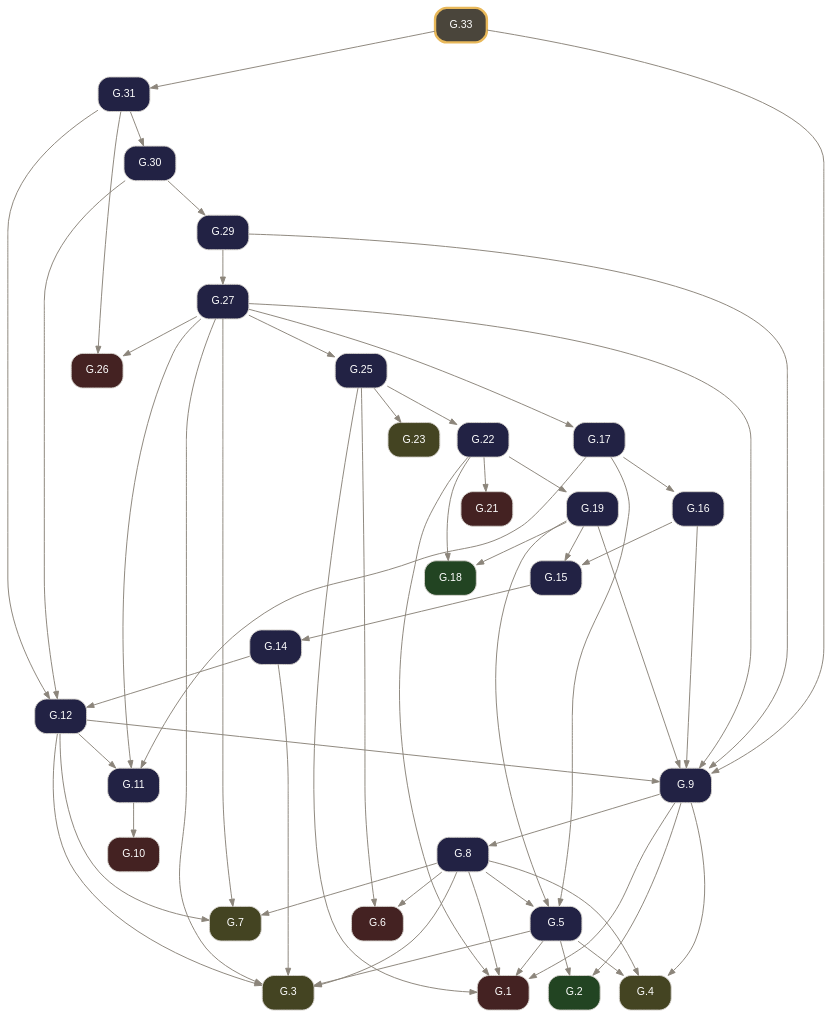
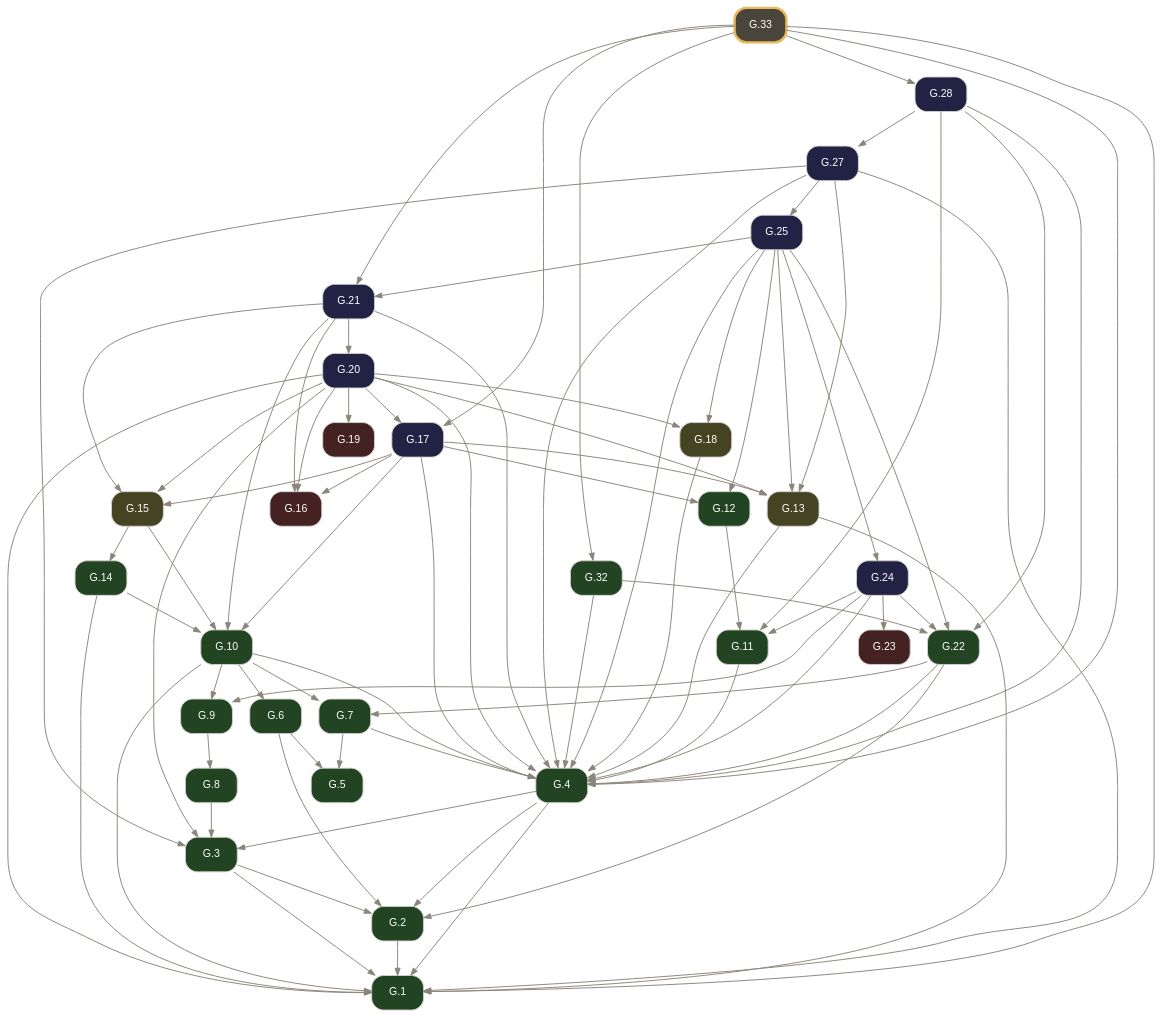
Before and after one commit to geometor/elements: the diagram in docsrc/elements2/G.33/index.rst, drawn with Graphviz. The commit also changed other lines of this file and 2974 other files, not shown here.

Commit message:
feat(elements2): wire defined terms, short verb titles, coincidence operator, and 2-point circle notation (v0.4.0)

```diff
--- a/docsrc/elements2/G.33/index.rst
+++ b/docsrc/elements2/G.33/index.rst
@@ -111,87 +92,111 @@
      node [shape=box, style="rounded,filled", fontname="Helvetica", fontsize=11, color="#d6d3cd", fontcolor="#ffffff"];
      edge [color="#8c857b", fontcolor="#8c857b", arrowsize=0.75];
      rankdir="TB";
-     "G.1" [label="G.1", tooltip="G.1 (I.cn.1): Things equal to the same thing are equal to one another.", fillcolor="#442222", URL="../G.1/index.html", target="_top"];
-     "G.2" [label="G.2", tooltip="G.2 (I.def.15): A circle is a plane figure contained by one line such that all segments falling upon it from its center are equal.", fillcolor="#224422", URL="../G.2/index.html", target="_top"];
-     "G.3" [label="G.3", tooltip="G.3 (I.post.1): Construct a segment between any two points.", fillcolor="#444422", URL="../G.3/index.html", target="_top"];
-     "G.4" [label="G.4", tooltip="G.4 (I.post.3): Construct a circle with any center and radius.", fillcolor="#444422", URL="../G.4/index.html", target="_top"];
-     "G.5" [label="G.5", tooltip="G.5 (I.1): Construct an equilateral triangle on a given finite segment.", fillcolor="#222244", URL="../G.5/index.html", target="_top"];
-     "G.6" [label="G.6", tooltip="G.6 (I.cn.3): If equals are subtracted from equals, the remainders are equal.", fillcolor="#442222", URL="../G.6/index.html", target="_top"];
-     "G.7" [label="G.7", tooltip="G.7 (I.post.2): Extend a finite segment continuously in a straight line.", fillcolor="#444422", URL="../G.7/index.html", target="_top"];
-     "G.8" [label="G.8", tooltip="G.8 (I.2): Construct at a given point a segment equal to a given segment.", fillcolor="#222244", URL="../G.8/index.html", target="_top"];
-     "G.9" [label="G.9", tooltip="G.9 (I.3): Cut off from the greater of two unequal segments a segment equal to the less.", fillcolor="#222244", URL="../G.9/index.html", target="_top"];
-     "G.10" [label="G.10", tooltip="G.10 (I.cn.4): Things that coincide with one another are equal.", fillcolor="#442222", URL="../G.10/index.html", target="_top"];
-     "G.11" [label="G.11", tooltip="G.11 (I.4): Triangles with two sides and the included angle equal are congruent (SAS).", fillcolor="#222244", URL="../G.11/index.html", target="_top"];
-     "G.12" [label="G.12", tooltip="G.12 (I.5): In an isosceles triangle, the angles at the base are equal, and if the equal sides are extended, the angles under the base are equal.", fillcolor="#222244", URL="../G.12/index.html", target="_top"];
-     "G.14" [label="G.14", tooltip="G.14 (I.7): On the same segment and on the same side, there cannot be constructed two distinct triangles with both pairs of conterminous sides equal.", fillcolor="#222244", URL="../G.14/index.html", target="_top"];
-     "G.15" [label="G.15", tooltip="G.15 (I.8): Triangles with all three corresponding sides equal have their corresponding angles equal (SSS).", fillcolor="#222244", URL="../G.15/index.html", target="_top"];
-     "G.16" [label="G.16", tooltip="G.16 (I.9): Bisect a given angle.", fillcolor="#222244", URL="../G.16/index.html", target="_top"];
-     "G.17" [label="G.17", tooltip="G.17 (I.10): Bisect a given finite segment.", fillcolor="#222244", URL="../G.17/index.html", target="_top"];
-     "G.18" [label="G.18", tooltip="G.18 (I.def.10): When a straight line standing on a straight line makes the adjacent angles equal, each of the equal angles is a right angle, and the standing line is perpendicular to that on which...", fillcolor="#224422", URL="../G.18/index.html", target="_top"];
-     "G.19" [label="G.19", tooltip="G.19 (I.11): Construct a line at right angles to a given line from a given point on it.", fillcolor="#222244", URL="../G.19/index.html", target="_top"];
-     "G.21" [label="G.21", tooltip="G.21 (I.cn.2): If equals are added to equals, the wholes are equal.", fillcolor="#442222", URL="../G.21/index.html", target="_top"];
-     "G.22" [label="G.22", tooltip="G.22 (I.13): A ray standing on a line makes either two right angles or adjacent angles summing to two right angles.", fillcolor="#222244", URL="../G.22/index.html", target="_top"];
-     "G.23" [label="G.23", tooltip="G.23 (I.post.4): All right angles are equal.", fillcolor="#444422", URL="../G.23/index.html", target="_top"];
-     "G.25" [label="G.25", tooltip="G.25 (I.15): Intersecting lines make their vertical angles equal.", fillcolor="#222244", URL="../G.25/index.html", target="_top"];
-     "G.26" [label="G.26", tooltip="G.26 (I.cn.5): The whole is greater than the part.", fillcolor="#442222", URL="../G.26/index.html", target="_top"];
-     "G.27" [label="G.27", tooltip="G.27 (I.16): In any triangle, if one side is extended, the exterior angle is greater than either opposite interior angle.", fillcolor="#222244", URL="../G.27/index.html", target="_top"];
-     "G.29" [label="G.29", tooltip="G.29 (I.18): In any triangle, the greater side subtends the greater angle.", fillcolor="#222244", URL="../G.29/index.html", target="_top"];
-     "G.30" [label="G.30", tooltip="G.30 (I.19): In any triangle, the greater angle is subtended by the greater side.", fillcolor="#222244", URL="../G.30/index.html", target="_top"];
-     "G.31" [label="G.31", tooltip="G.31 (I.20): In any triangle, the sum of any two sides is greater than the remaining side.", fillcolor="#222244", URL="../G.31/index.html", target="_top"];
-     "G.33" [label="G.33", tooltip="G.33 (I.22): Construct a triangle from three segments equal to three given segments satisfying the triangle inequality.", penwidth=2.5, color="#e8b85a", fillcolor="#4a453b", URL="index.html", target="_top"];
-     "G.5" -> "G.1";
-     "G.8" -> "G.1";
-     "G.9" -> "G.1";
-     "G.22" -> "G.1";
-     "G.25" -> "G.1";
-     "G.5" -> "G.2";
-     "G.9" -> "G.2";
-     "G.5" -> "G.3";
+     "G.1" [label="G.1", tooltip="G.1 (I.def.1): A point A is that which has no part.", fillcolor="#224422", URL="../G.1/index.html", target="_top"];
+     "G.2" [label="G.2", tooltip="G.2 (I.def.2): A line [ A B ] is a projection of a relationship of two points A, B.", fillcolor="#224422", URL="../G.2/index.html", target="_top"];
+     "G.3" [label="G.3", tooltip="G.3 (I.def.3): The extremities of a segment / A B / are points A, B.", fillcolor="#224422", URL="../G.3/index.html", target="_top"];
+     "G.4" [label="G.4", tooltip="G.4 (I.def.4): A segment / A B / is a portion of a line [ A B ] between two points A, B on the line.", fillcolor="#224422", URL="../G.4/index.html", target="_top"];
+     "G.5" [label="G.5", tooltip="G.5 (I.def.5): A surface is that which has length and breadth only.", fillcolor="#224422", URL="../G.5/index.html", target="_top"];
+     "G.6" [label="G.6", tooltip="G.6 (I.def.6): The extremities of a surface are lines or arcs.", fillcolor="#224422", URL="../G.6/index.html", target="_top"];
+     "G.7" [label="G.7", tooltip="G.7 (I.def.7): A plane surface lies evenly with the lines on itself.", fillcolor="#224422", URL="../G.7/index.html", target="_top"];
+     "G.8" [label="G.8", tooltip="G.8 (I.def.13): A boundary is the extremity of anything.", fillcolor="#224422", URL="../G.8/index.html", target="_top"];
+     "G.9" [label="G.9", tooltip="G.9 (I.def.14): A figure is that which is contained by any boundary or boundaries.", fillcolor="#224422", URL="../G.9/index.html", target="_top"];
+     "G.10" [label="G.10", tooltip="G.10 (I.def.15): A circle ( A B ) is a plane figure contained by one arc defined by a center A and a point B establishing its defining radius / A B /, such that all segments / A B /, / A C /, / A D...", fillcolor="#224422", URL="../G.10/index.html", target="_top"];
+     "G.11" [label="G.11", tooltip="G.11 (I.def.19): Rectilineal figures are contained by segments: trilateral by three, quadrilateral by four, and multilateral by more than four.", fillcolor="#224422", URL="../G.11/index.html", target="_top"];
+     "G.12" [label="G.12", tooltip="G.12 (I.def.20): Of trilateral figures, an equilateral triangle < A B C > has three equal sides, an isosceles triangle < D E F > has two equal sides, and a scalene triangle < G H K > has three uneq...", fillcolor="#224422", URL="../G.12/index.html", target="_top"];
+     "G.13" [label="G.13", tooltip="G.13 (I.post.1): Construct a segment / A B / between any two points A, B.", fillcolor="#444422", URL="../G.13/index.html", target="_top"];
+     "G.14" [label="G.14", tooltip="G.14 (I.def.16): The point A within the circle ( A B ) from which all segments / A B /, / A C / to the arc are equal is called the center of the circle.", fillcolor="#224422", URL="../G.14/index.html", target="_top"];
+     "G.15" [label="G.15", tooltip="G.15 (I.post.3): Construct a circle ( A B ) with center A and defining radius point B.", fillcolor="#444422", URL="../G.15/index.html", target="_top"];
+     "G.16" [label="G.16", tooltip="G.16 (I.cn.1): Things equal to the same thing are equal to one another.", fillcolor="#442222", URL="../G.16/index.html", target="_top"];
+     "G.17" [label="G.17", tooltip="G.17 (I.1): Construct an equilateral triangle on a given segment.", fillcolor="#222244", URL="../G.17/index.html", target="_top"];
+     "G.18" [label="G.18", tooltip="G.18 (I.post.2): Extend a segment / A B / continuously along a line [ A B ] to / B C /.", fillcolor="#444422", URL="../G.18/index.html", target="_top"];
+     "G.19" [label="G.19", tooltip="G.19 (I.cn.3): If equals are subtracted from equals, the remainders are equal.", fillcolor="#442222", URL="../G.19/index.html", target="_top"];
+     "G.20" [label="G.20", tooltip="G.20 (I.2): Construct at a given point a segment equal to a given segment.", fillcolor="#222244", URL="../G.20/index.html", target="_top"];
+     "G.21" [label="G.21", tooltip="G.21 (I.3): Cut off from the greater of two unequal segments a segment equal to the less.", fillcolor="#222244", URL="../G.21/index.html", target="_top"];
+     "G.22" [label="G.22", tooltip="G.22 (I.def.8): A plane angle is the inclination to one another of two lines or arcs in a plane that meet and do not lie on the same line.", fillcolor="#224422", URL="../G.22/index.html", target="_top"];
+     "G.23" [label="G.23", tooltip="G.23 (I.cn.4): Things / A B /, / D E / that coincide with one another are equal to one another.", fillcolor="#442222", URL="../G.23/index.html", target="_top"];
+     "G.24" [label="G.24", tooltip="G.24 (I.4): Triangles with two sides and the included angle equal are congruent (SAS).", fillcolor="#222244", URL="../G.24/index.html", target="_top"];
+     "G.25" [label="G.25", tooltip="G.25 (I.5): In an isosceles triangle, the angles at the base are equal, and if the equal sides are extended, the angles under the base are equal.", fillcolor="#222244", URL="../G.25/index.html", target="_top"];
+     "G.27" [label="G.27", tooltip="G.27 (I.7): On the same segment and on the same side, there cannot be constructed two distinct triangles with both pairs of conterminous sides equal.", fillcolor="#222244", URL="../G.27/index.html", target="_top"];
+     "G.28" [label="G.28", tooltip="G.28 (I.8): Triangles with all three corresponding sides equal have their corresponding angles equal (SSS).", fillcolor="#222244", URL="../G.28/index.html", target="_top"];
+     "G.32" [label="G.32", tooltip="G.32 (I.def.10): When a segment standing on a line makes the adjacent angles equal, each of the equal angles is a right angle, and the standing segment is perpendicular to the line.", fillcolor="#224422", URL="../G.32/index.html", target="_top"];
+     "G.33" [label="G.33", tooltip="G.33 (I.11): Construct a segment at right angles to a given line from a given point on it.", penwidth=2.5, color="#e8b85a", fillcolor="#4a453b", URL="index.html", target="_top"];
+     "G.2" -> "G.1";
+     "G.3" -> "G.1";
+     "G.4" -> "G.1";
+     "G.10" -> "G.1";
+     "G.13" -> "G.1";
+     "G.14" -> "G.1";
+     "G.20" -> "G.1";
+     "G.27" -> "G.1";
+     "G.33" -> "G.1";
+     "G.3" -> "G.2";
+     "G.4" -> "G.2";
+     "G.6" -> "G.2";
+     "G.22" -> "G.2";
+     "G.4" -> "G.3";
      "G.8" -> "G.3";
-     "G.12" -> "G.3";
-     "G.14" -> "G.3";
+     "G.20" -> "G.3";
      "G.27" -> "G.3";
-     "G.5" -> "G.4";
-     "G.8" -> "G.4";
-     "G.9" -> "G.4";
-     "G.8" -> "G.5";
-     "G.17" -> "G.5";
-     "G.19" -> "G.5";
-     "G.8" -> "G.6";
-     "G.25" -> "G.6";
-     "G.8" -> "G.7";
-     "G.12" -> "G.7";
-     "G.27" -> "G.7";
+     "G.7" -> "G.4";
+     "G.10" -> "G.4";
+     "G.11" -> "G.4";
+     "G.13" -> "G.4";
+     "G.17" -> "G.4";
+     "G.18" -> "G.4";
+     "G.20" -> "G.4";
+     "G.21" -> "G.4";
+     "G.22" -> "G.4";
+     "G.24" -> "G.4";
+     "G.25" -> "G.4";
+     "G.27" -> "G.4";
+     "G.28" -> "G.4";
+     "G.32" -> "G.4";
+     "G.33" -> "G.4";
+     "G.6" -> "G.5";
+     "G.7" -> "G.5";
+     "G.10" -> "G.6";
+     "G.10" -> "G.7";
+     "G.22" -> "G.7";
      "G.9" -> "G.8";
-     "G.12" -> "G.9";
-     "G.16" -> "G.9";
-     "G.19" -> "G.9";
-     "G.27" -> "G.9";
-     "G.29" -> "G.9";
-     "G.33" -> "G.9";
-     "G.11" -> "G.10";
+     "G.10" -> "G.9";
+     "G.24" -> "G.9";
+     "G.14" -> "G.10";
+     "G.15" -> "G.10";
+     "G.17" -> "G.10";
+     "G.21" -> "G.10";
      "G.12" -> "G.11";
-     "G.17" -> "G.11";
-     "G.27" -> "G.11";
-     "G.14" -> "G.12";
-     "G.30" -> "G.12";
-     "G.31" -> "G.12";
+     "G.24" -> "G.11";
+     "G.28" -> "G.11";
+     "G.17" -> "G.12";
+     "G.25" -> "G.12";
+     "G.17" -> "G.13";
+     "G.20" -> "G.13";
+     "G.25" -> "G.13";
+     "G.27" -> "G.13";
      "G.15" -> "G.14";
-     "G.16" -> "G.15";
-     "G.19" -> "G.15";
+     "G.17" -> "G.15";
+     "G.20" -> "G.15";
+     "G.21" -> "G.15";
      "G.17" -> "G.16";
-     "G.27" -> "G.17";
-     "G.19" -> "G.18";
-     "G.22" -> "G.18";
-     "G.22" -> "G.19";
-     "G.22" -> "G.21";
+     "G.20" -> "G.16";
+     "G.21" -> "G.16";
+     "G.20" -> "G.17";
+     "G.33" -> "G.17";
+     "G.20" -> "G.18";
+     "G.25" -> "G.18";
+     "G.20" -> "G.19";
+     "G.21" -> "G.20";
+     "G.25" -> "G.21";
+     "G.33" -> "G.21";
+     "G.24" -> "G.22";
      "G.25" -> "G.22";
-     "G.25" -> "G.23";
+     "G.28" -> "G.22";
+     "G.32" -> "G.22";
+     "G.24" -> "G.23";
+     "G.25" -> "G.24";
      "G.27" -> "G.25";
-     "G.27" -> "G.26";
-     "G.31" -> "G.26";
-     "G.29" -> "G.27";
-     "G.30" -> "G.29";
-     "G.31" -> "G.30";
-     "G.33" -> "G.31";
+     "G.28" -> "G.27";
+     "G.33" -> "G.28";
+     "G.33" -> "G.32";
    }
```
